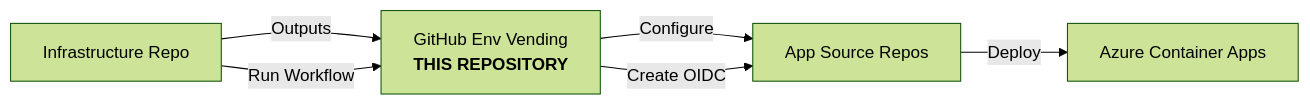
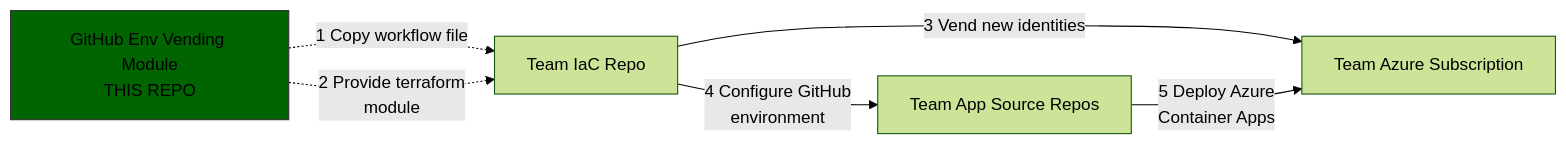
One commit to HafslundEcoVannkraft/stratus-tf-github-environments changed the diagram in README.md. Above: the diagram before and after it, drawn with Mermaid (forest theme). The commit also changed other lines of this file, not shown here.

First line of the commit message:
# Improve documentation with accurate workflow diagram and process explanation

````diff
--- a/README.md
+++ b/README.md
@@ -13,8 +13,10 @@
 ```mermaid
 graph LR
-    A[Infrastructure Repo] -->|Outputs| B[GitHub Env Vending<br><b>THIS REPOSITORY</b>]
-    A -->|Run Workflow| B
-    B -->|Configure| C[App Source Repos]
-    B -->|Create OIDC| C
-    C -->|Deploy| D[Azure Container Apps]
+    B["GitHub Env Vending Module<br>THIS REPO"] -.->|"1 Copy workflow file"| A[Team IaC Repo]
+    B -.-> |"2 Provide terraform<br>module"| A
+    A --> |"3 Vend new identities"| D[Team Azure Subscription]
+    A --> |"4 Configure GitHub<br>environment"| C[Team App Source Repos]
+    C --> |"5 Deploy Azure<br>Container Apps"| D
+    
+    style B fill:#006400,stroke:#333
 ```
````
